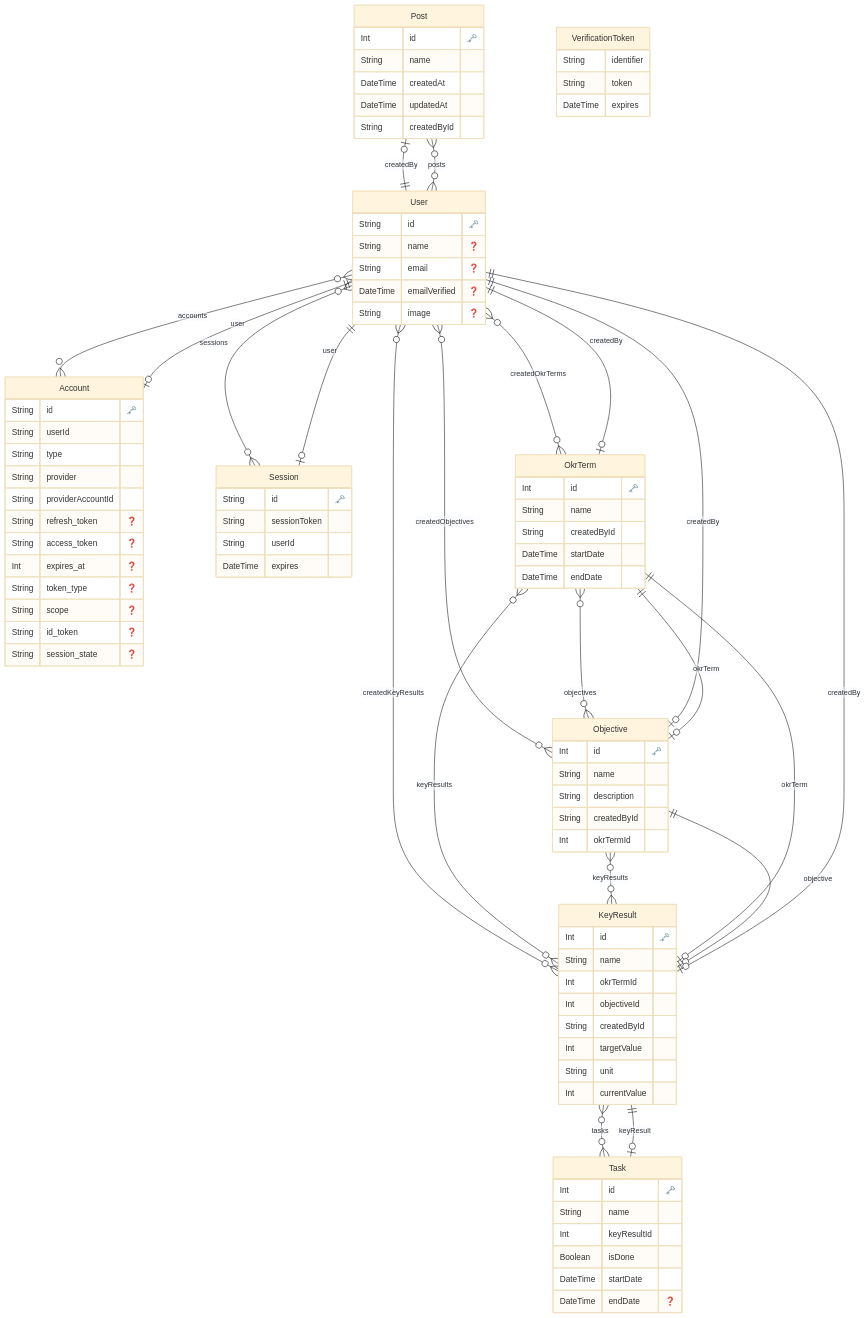
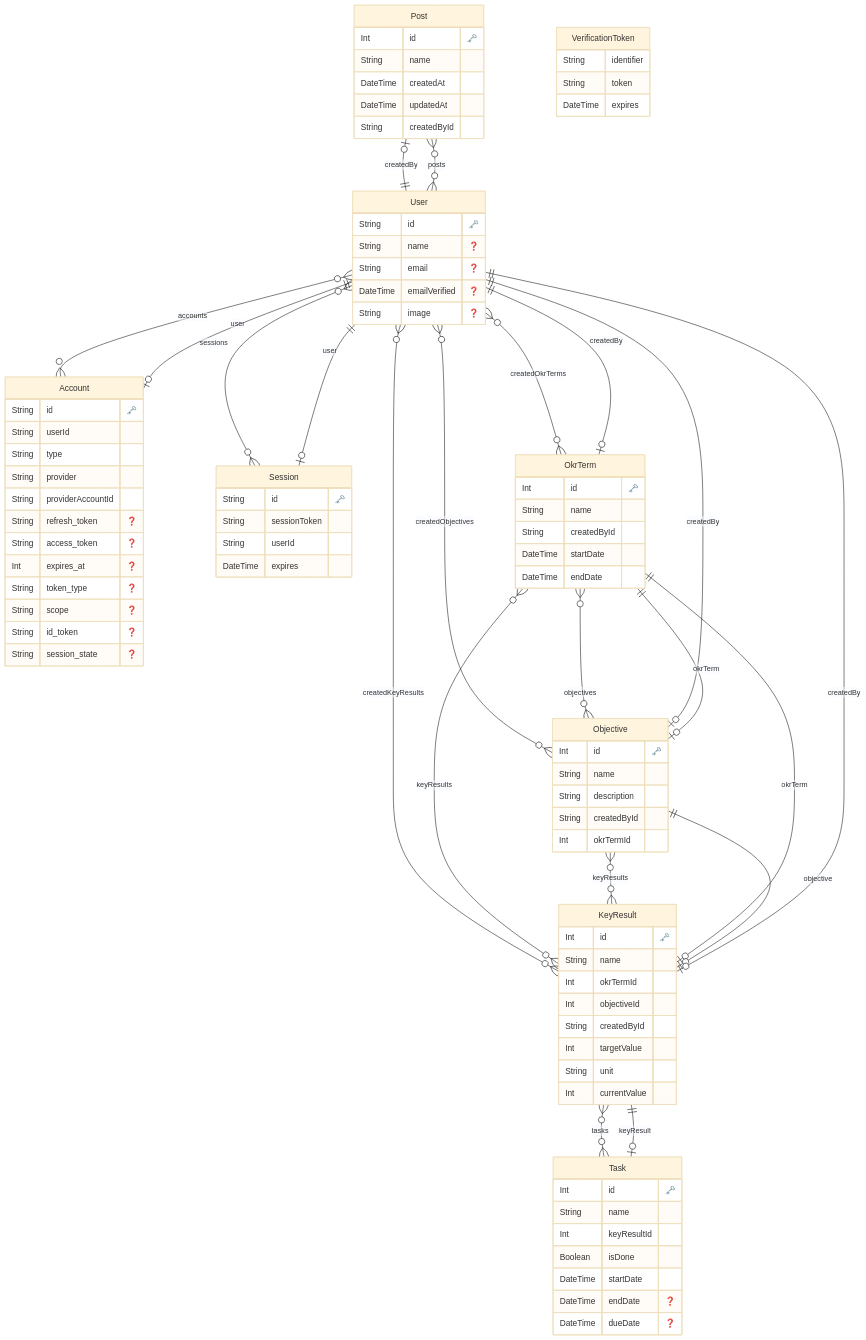
One commit to hiro-minami/moonshot changed the diagram in prisma/ERD.md. Above: the diagram before and after it, drawn with Mermaid (base theme). The commit also changed 2 other files, not shown here.

Commit message:
feat: Add dueDate field to Task model

```diff
--- a/prisma/ERD.md
+++ b/prisma/ERD.md
@@ -87,6 +87,7 @@
     Boolean isDone 
     DateTime startDate 
     DateTime endDate "❓"
+    DateTime dueDate "❓"
     }
   
     "Post" o|--|| "User" : "createdBy"
```
